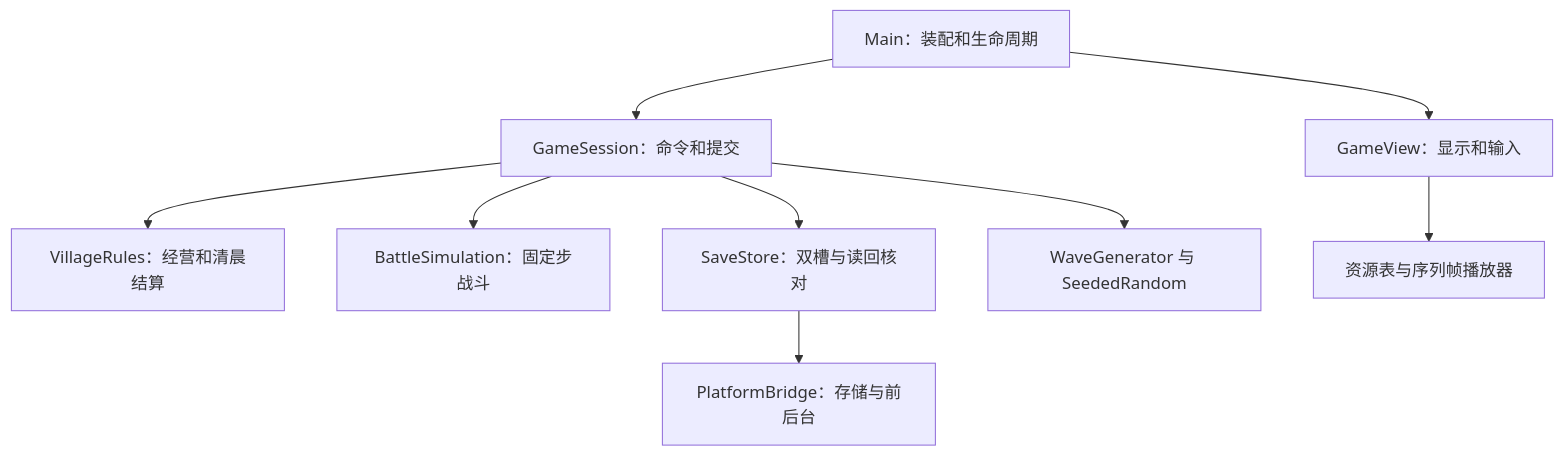
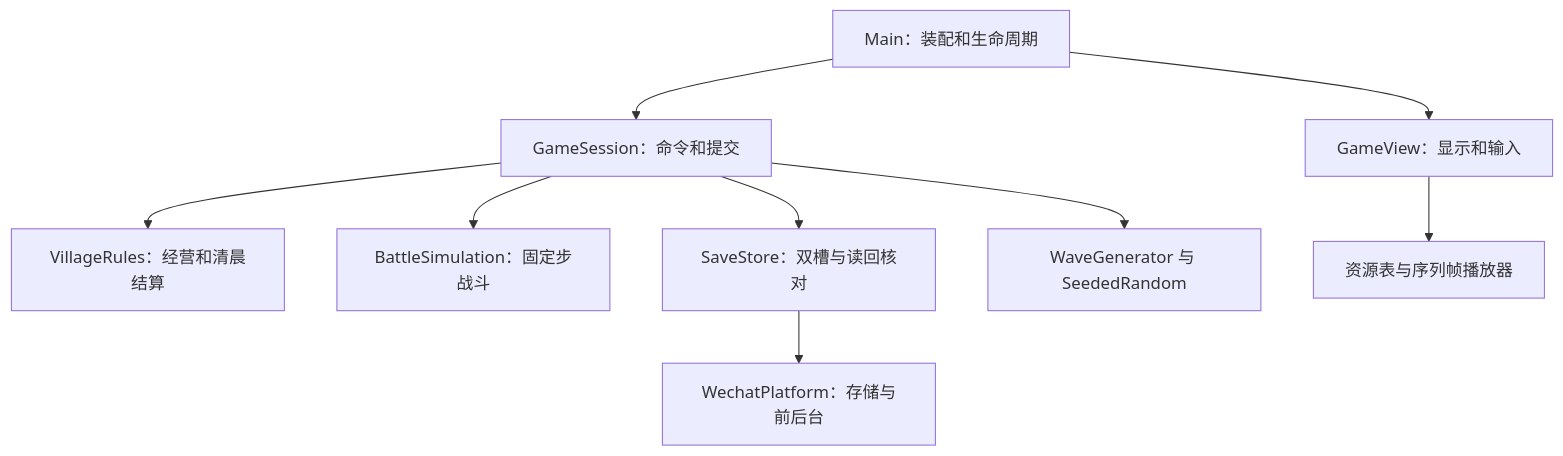
Before and after one commit to Joel20241029/pro: the first of 2 diagrams in doc/tech/01_详细技术实现.md, drawn with Mermaid. The commit also changed other lines of this file and 184 other files, not shown here.

````diff
--- a/doc/tech/01_详细技术实现.md
+++ b/doc/tech/01_详细技术实现.md
@@ -31,11 +33,11 @@
 ```mermaid
 flowchart TD
     A["Main：装配和生命周期"] --> B["GameSession：命令和提交"]
     A --> C["GameView：显示和输入"]
     B --> D["VillageRules：经营和清晨结算"]
     B --> E["BattleSimulation：固定步战斗"]
     B --> F["SaveStore：双槽与读回核对"]
     B --> G["WaveGenerator 与 SeededRandom"]
-    F --> H["PlatformBridge：存储与前后台"]
+    F --> H["WechatPlatform：存储与前后台"]
     C --> I["资源表与序列帧播放器"]
 ```
````
